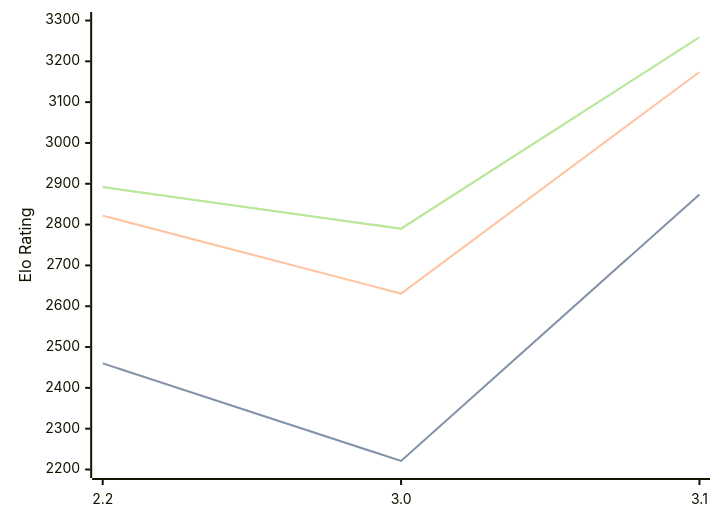
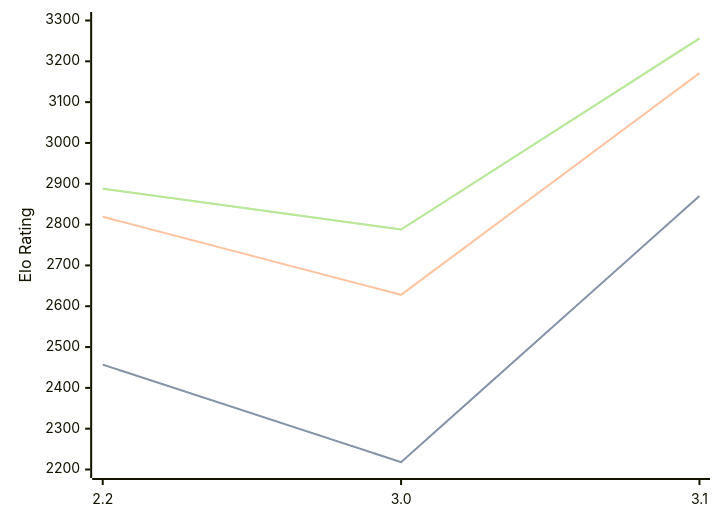
Before and after one commit to computer-chess-index/cci: the diagram in engines/Thrawn.md, drawn with Mermaid. The commit also changed other lines of this file, not shown here.

Commit message:
Update CCI Ratings (ELO VLTC) - 2026-08-12

````diff
--- a/engines/Thrawn.md
+++ b/engines/Thrawn.md
@@ -33,11 +33,11 @@
 ```mermaid
 %%{init: {"theme":"base","themeVariables":{"seriesColors:['#a3a3a3','#222221','#faa371']}}}%%
 xychart-beta
   x-axis ["2.2", "3.0", "3.1"]
   y-axis "Elo Rating" 2200 --> 3300
-  line "STC (8.0+0.08s)" [2460, 2221, 2874]
-  line "STC (8.0+0.08s)" [2460, 2221, 2874]
-  line "LTC (60.0+0.60s)" [2822, 2631, 3174]
-  line "VLTC (2m24s+1.12s)" [2892, 2790, 3259]
-  line "VLTC (2m24s+1.12s)" [2892, 2790, 3259]
+  line "STC (8.0+0.08s)" [2457, 2218, 2870]
+  line "STC (8.0+0.08s)" [2457, 2218, 2870]
+  line "LTC (60.0+0.60s)" [2819, 2628, 3171]
+  line "VLTC (2m24s+1.12s)" [2888, 2788, 3256]
+  line "VLTC (2m24s+1.12s)" [2888, 2788, 3256]
 ```
````
